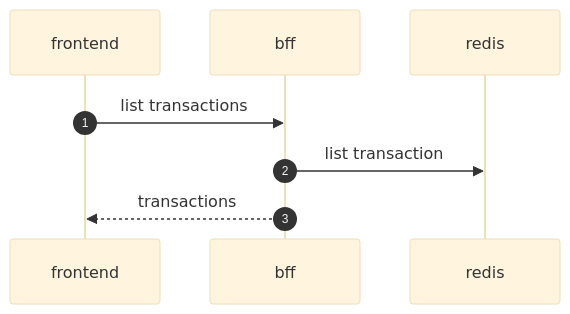
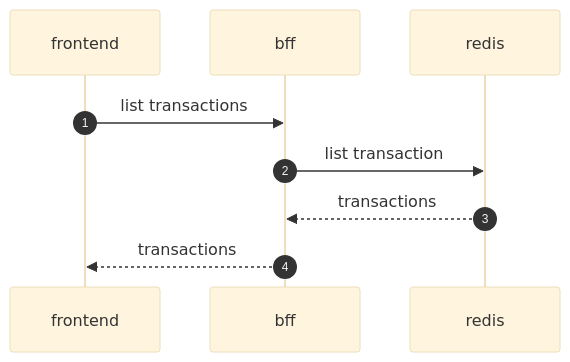
One commit to felipemocruha/sistemas-distribuidos changed the diagram in aula-1/diagrams/list_transactions.mmd. Above: the diagram before and after it, drawn with Mermaid (base theme). The commit also changed 3 other files, not shown here.

```diff
--- a/aula-1/diagrams/list_transactions.mmd
+++ b/aula-1/diagrams/list_transactions.mmd
@@ -1,5 +1,6 @@
 sequenceDiagram
 	autonumber
 	frontend->>bff: list transactions
 	bff->>redis: list transaction
+	redis-->>bff: transactions
 	bff-->>frontend: transactions
```
